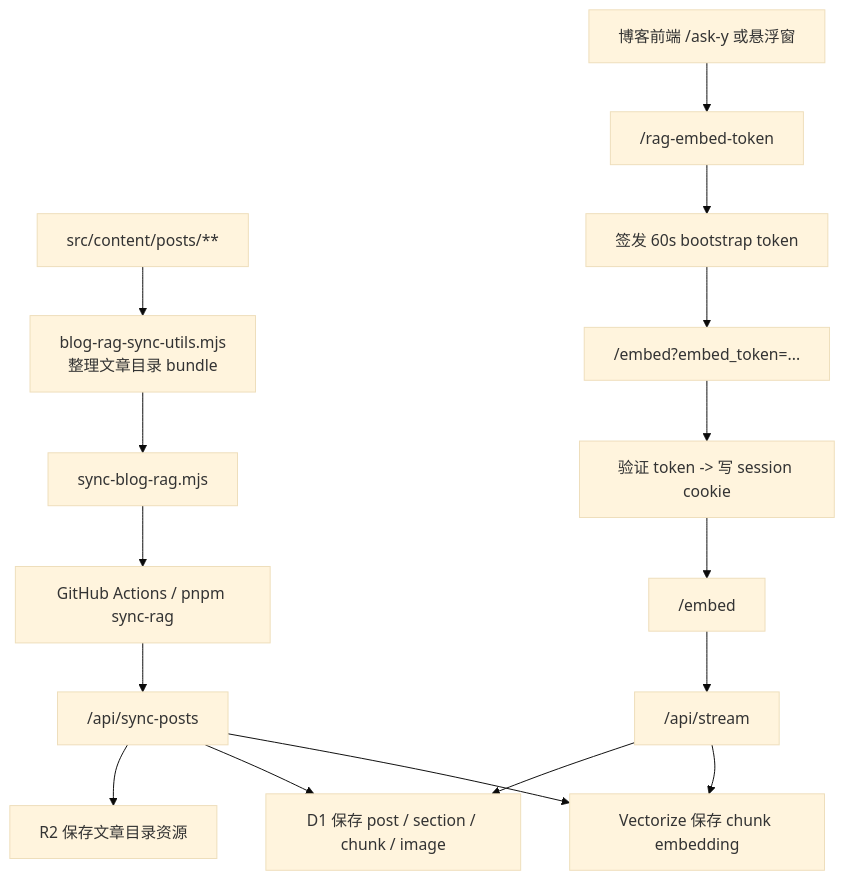
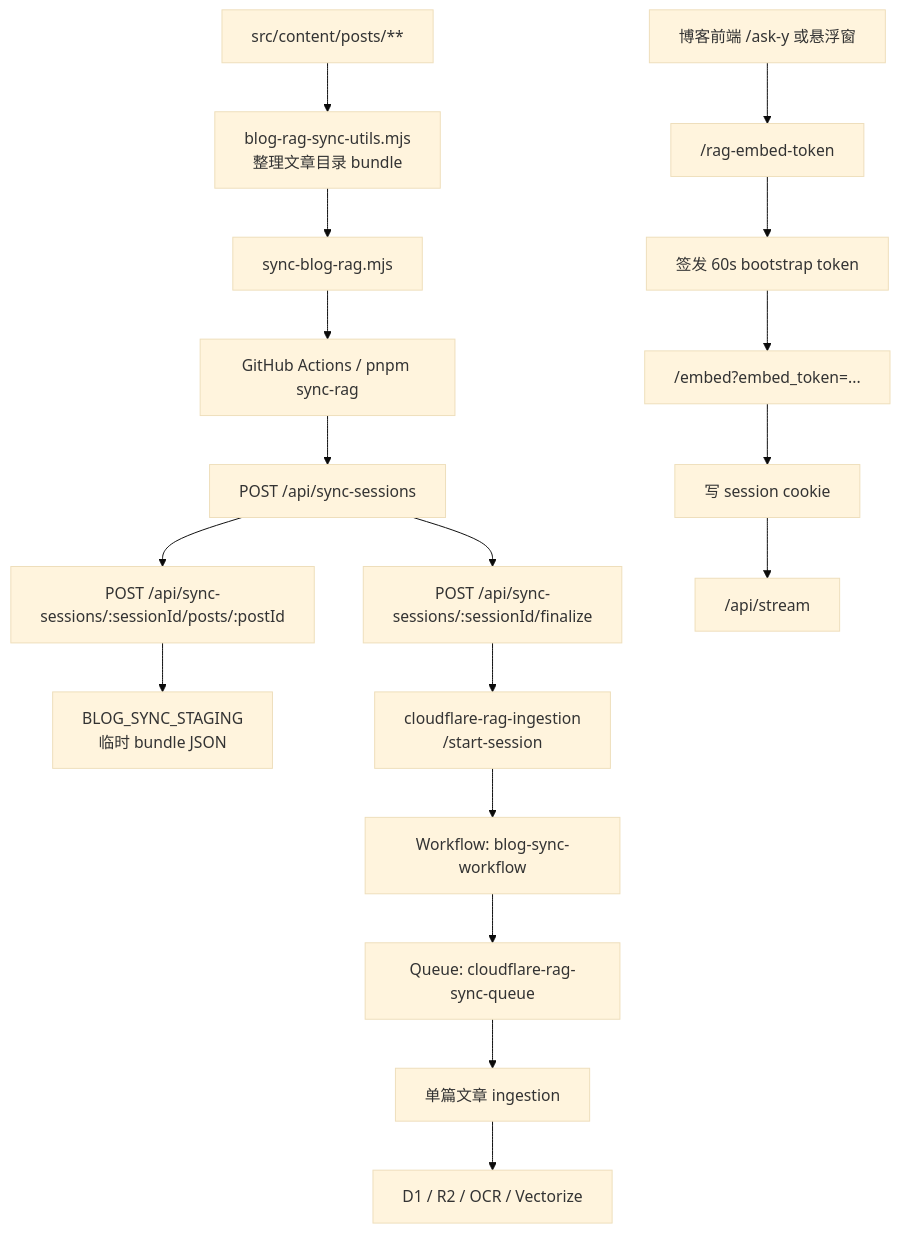
The first of 5 diagrams in src/content/posts/cloudflare-rag-mizuki-integration-detail/index.md (yngang8023/ynga-personal-blog), drawn with Mermaid (base theme) before and after one commit. The commit also changed other lines of this file and 15 other files, not shown here.

````diff
--- a/src/content/posts/cloudflare-rag-mizuki-integration-detail/index.md
+++ b/src/content/posts/cloudflare-rag-mizuki-integration-detail/index.md
@@ -48,18 +48,20 @@
 ```mermaid
 flowchart TD
     A[src/content/posts/**] --> B[blog-rag-sync-utils.mjs<br/>整理文章目录 bundle]
     B --> C[sync-blog-rag.mjs]
     C --> D[GitHub Actions / pnpm sync-rag]
-    D --> E["/api/sync-posts"]
-    E --> F[R2 保存文章目录资源]
-    E --> G[D1 保存 post / section / chunk / image]
-    E --> H[Vectorize 保存 chunk embedding]
-    I[博客前端 /ask-y 或悬浮窗] --> J["/rag-embed-token"]
-    J --> K[签发 60s bootstrap token]
-    K --> L["/embed?embed_token=..."]
-    L --> M[验证 token -> 写 session cookie]
-    M --> N["/embed"]
-    N --> O["/api/stream"]
-    O --> G
-    O --> H
+    D --> E["POST /api/sync-sessions"]
+    E --> F["POST /api/sync-sessions/:sessionId/posts/:postId"]
+    F --> G[BLOG_SYNC_STAGING<br/>临时 bundle JSON]
+    E --> H["POST /api/sync-sessions/:sessionId/finalize"]
+    H --> I[cloudflare-rag-ingestion<br/>/start-session]
+    I --> J[Workflow: blog-sync-workflow]
+    J --> K[Queue: cloudflare-rag-sync-queue]
+    K --> L[单篇文章 ingestion]
+    L --> M[D1 / R2 / OCR / Vectorize]
+    N[博客前端 /ask-y 或悬浮窗] --> O["/rag-embed-token"]
+    O --> P[签发 60s bootstrap token]
+    P --> Q["/embed?embed_token=..."]
+    Q --> R[写 session cookie]
+    R --> S["/api/stream"]
 ```
````
